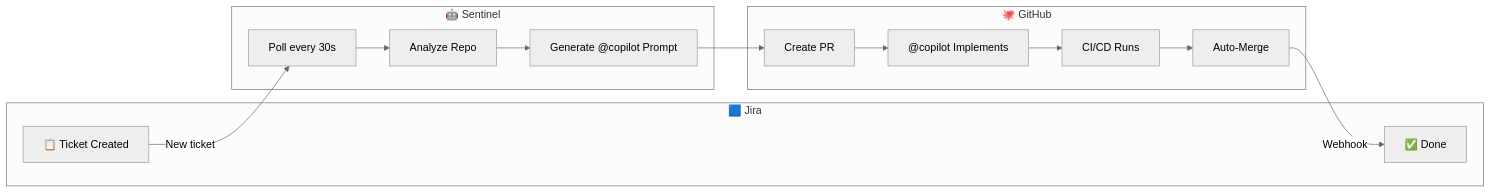
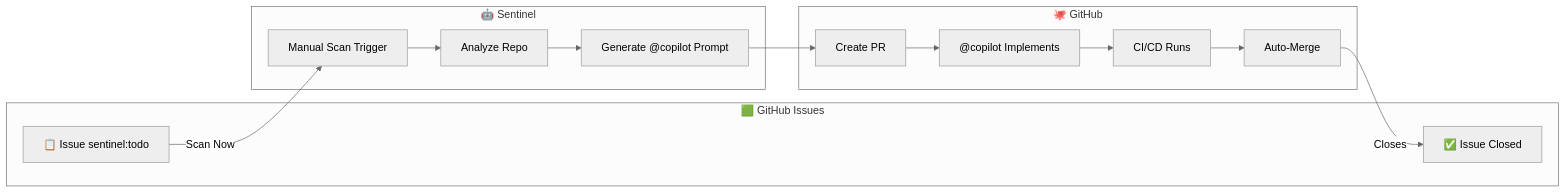
The first of 3 diagrams in README.md (Unigalactix/SENTINEL), drawn with Mermaid (neutral theme) before and after one commit. The commit also changed other lines of this file and 4 other files, not shown here.

First line of the commit message:
docs: update README, CHANGELOG, and docs for v3.0.0 GitHub Issues migration and manual scan model

````diff
--- a/README.md
+++ b/README.md
@@ -15,25 +15,25 @@
 ```mermaid
 flowchart LR
-    subgraph JIRA["🟦 Jira"]
-        T1[📋 Ticket Created]
-        T2[✅ Done]
+    subgraph ISSUES["🟩 GitHub Issues"]
+        T1[📋 Issue sentinel:todo]
+        T2[✅ Issue Closed]
     end
 
     subgraph SENTINEL["🤖 Sentinel"]
-        S1[Poll every 30s]
+        S1[Manual Scan Trigger]
         S2[Analyze Repo]
         S3[Generate @copilot Prompt]
     end
 
     subgraph GITHUB["🐙 GitHub"]
         G1[Create PR]
         G2["@copilot Implements"]
         G3[CI/CD Runs]
         G4[Auto-Merge]
     end
 
-    T1 -->|"New ticket"| S1
+    T1 -->|"Scan Now"| S1
     S1 --> S2 --> S3 --> G1
     G1 --> G2 --> G3 --> G4
-    G4 -->|"Webhook"| T2
+    G4 -->|"Closes"| T2
 ```
````
